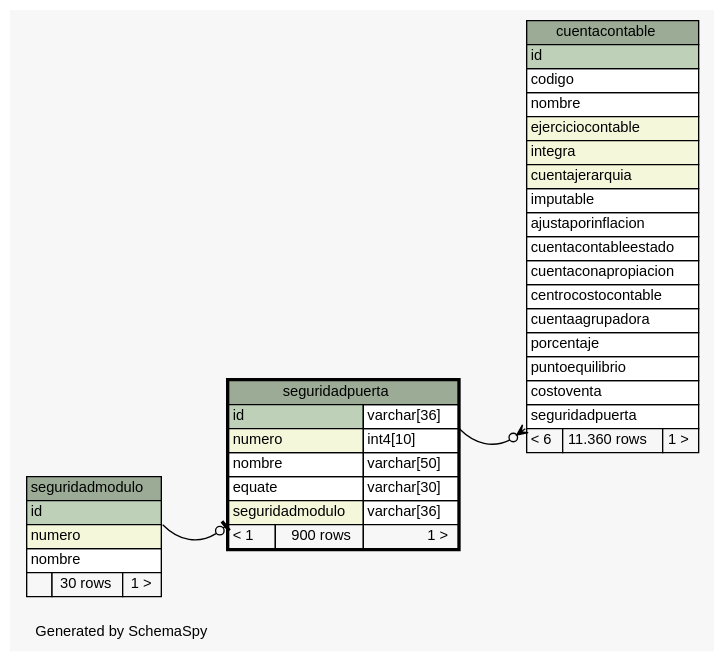
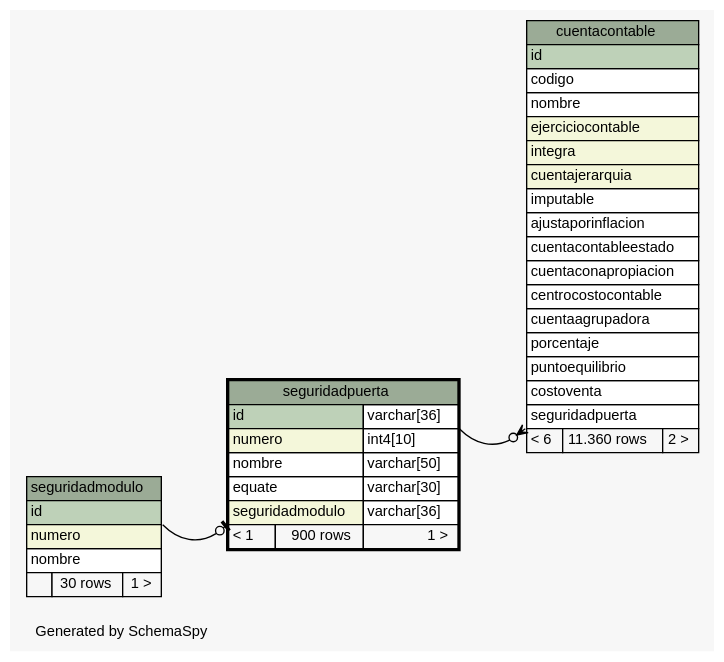
One commit to diegopablomansilla/ms14 changed the diagram in files/db/pp/schema/diagrams/seguridadpuerta.1degree.dot. Above: the diagram before and after it, drawn with Graphviz. The commit also changed 134 other files, not shown here.

```diff
--- a/files/db/pp/schema/diagrams/seguridadpuerta.1degree.dot
+++ b/files/db/pp/schema/diagrams/seguridadpuerta.1degree.dot
@@ -1,75 +1,75 @@
 // dot 2.2.1 on Windows 10 10.0
 // SchemaSpy rev 590
 digraph "oneDegreeRelationshipsDiagram" {
   graph [
     rankdir="RL"
     bgcolor="#f7f7f7"
     label="\nGenerated by SchemaSpy"
     labeljust="l"
     nodesep="0.18"
     ranksep="0.46"
     fontname="Helvetica"
     fontsize="11"
   ];
   node [
     fontname="Helvetica"
     fontsize="11"
     shape="plaintext"
   ];
   edge [
     arrowsize="0.8"
   ];
   "cuentacontable":"seguridadpuerta":sw -> "seguridadpuerta":"id.type":se [arrowhead=none dir=back arrowtail=crowodot];
   "seguridadpuerta":"seguridadmodulo":sw -> "seguridadmodulo":"id":se [arrowhead=none dir=back arrowtail=teeodot];
   "cuentacontable" [
     label=<
     <TABLE BORDER="0" CELLBORDER="1" CELLSPACING="0" BGCOLOR="#ffffff">
       <TR><TD COLSPAN="3" BGCOLOR="#9bab96" ALIGN="CENTER">cuentacontable</TD></TR>
       <TR><TD PORT="id" COLSPAN="3" BGCOLOR="#bed1b8" ALIGN="LEFT">id</TD></TR>
       <TR><TD PORT="codigo" COLSPAN="3" ALIGN="LEFT">codigo</TD></TR>
       <TR><TD PORT="nombre" COLSPAN="3" ALIGN="LEFT">nombre</TD></TR>
       <TR><TD PORT="ejerciciocontable" COLSPAN="3" BGCOLOR="#f4f7da" ALIGN="LEFT">ejerciciocontable</TD></TR>
       <TR><TD PORT="integra" COLSPAN="3" BGCOLOR="#f4f7da" ALIGN="LEFT">integra</TD></TR>
       <TR><TD PORT="cuentajerarquia" COLSPAN="3" BGCOLOR="#f4f7da" ALIGN="LEFT">cuentajerarquia</TD></TR>
       <TR><TD PORT="imputable" COLSPAN="3" ALIGN="LEFT">imputable</TD></TR>
       <TR><TD PORT="ajustaporinflacion" COLSPAN="3" ALIGN="LEFT">ajustaporinflacion</TD></TR>
       <TR><TD PORT="cuentacontableestado" COLSPAN="3" ALIGN="LEFT">cuentacontableestado</TD></TR>
       <TR><TD PORT="cuentaconapropiacion" COLSPAN="3" ALIGN="LEFT">cuentaconapropiacion</TD></TR>
       <TR><TD PORT="centrocostocontable" COLSPAN="3" ALIGN="LEFT">centrocostocontable</TD></TR>
       <TR><TD PORT="cuentaagrupadora" COLSPAN="3" ALIGN="LEFT">cuentaagrupadora</TD></TR>
       <TR><TD PORT="porcentaje" COLSPAN="3" ALIGN="LEFT">porcentaje</TD></TR>
       <TR><TD PORT="puntoequilibrio" COLSPAN="3" ALIGN="LEFT">puntoequilibrio</TD></TR>
       <TR><TD PORT="costoventa" COLSPAN="3" ALIGN="LEFT">costoventa</TD></TR>
       <TR><TD PORT="seguridadpuerta" COLSPAN="3" ALIGN="LEFT">seguridadpuerta</TD></TR>
-      <TR><TD ALIGN="LEFT" BGCOLOR="#f7f7f7">&lt; 6</TD><TD ALIGN="RIGHT" BGCOLOR="#f7f7f7">11.360 rows</TD><TD ALIGN="RIGHT" BGCOLOR="#f7f7f7">1 &gt;</TD></TR>
+      <TR><TD ALIGN="LEFT" BGCOLOR="#f7f7f7">&lt; 6</TD><TD ALIGN="RIGHT" BGCOLOR="#f7f7f7">11.360 rows</TD><TD ALIGN="RIGHT" BGCOLOR="#f7f7f7">2 &gt;</TD></TR>
     </TABLE>>
     URL="cuentacontable.html"
     tooltip="cuentacontable"
   ];
   "seguridadmodulo" [
     label=<
     <TABLE BORDER="0" CELLBORDER="1" CELLSPACING="0" BGCOLOR="#ffffff">
       <TR><TD COLSPAN="3" BGCOLOR="#9bab96" ALIGN="CENTER">seguridadmodulo</TD></TR>
       <TR><TD PORT="id" COLSPAN="3" BGCOLOR="#bed1b8" ALIGN="LEFT">id</TD></TR>
       <TR><TD PORT="numero" COLSPAN="3" BGCOLOR="#f4f7da" ALIGN="LEFT">numero</TD></TR>
       <TR><TD PORT="nombre" COLSPAN="3" ALIGN="LEFT">nombre</TD></TR>
       <TR><TD ALIGN="LEFT" BGCOLOR="#f7f7f7">  </TD><TD ALIGN="RIGHT" BGCOLOR="#f7f7f7">30 rows</TD><TD ALIGN="RIGHT" BGCOLOR="#f7f7f7">1 &gt;</TD></TR>
     </TABLE>>
     URL="seguridadmodulo.html"
     tooltip="seguridadmodulo"
   ];
   "seguridadpuerta" [
     label=<
     <TABLE BORDER="2" CELLBORDER="1" CELLSPACING="0" BGCOLOR="#ffffff">
       <TR><TD COLSPAN="3" BGCOLOR="#9bab96" ALIGN="CENTER">seguridadpuerta</TD></TR>
       <TR><TD PORT="id" COLSPAN="2" BGCOLOR="#bed1b8" ALIGN="LEFT">id</TD><TD PORT="id.type" ALIGN="LEFT">varchar[36]</TD></TR>
       <TR><TD PORT="numero" COLSPAN="2" BGCOLOR="#f4f7da" ALIGN="LEFT">numero</TD><TD PORT="numero.type" ALIGN="LEFT">int4[10]</TD></TR>
       <TR><TD PORT="nombre" COLSPAN="2" ALIGN="LEFT">nombre</TD><TD PORT="nombre.type" ALIGN="LEFT">varchar[50]</TD></TR>
       <TR><TD PORT="equate" COLSPAN="2" ALIGN="LEFT">equate</TD><TD PORT="equate.type" ALIGN="LEFT">varchar[30]</TD></TR>
       <TR><TD PORT="seguridadmodulo" COLSPAN="2" BGCOLOR="#f4f7da" ALIGN="LEFT">seguridadmodulo</TD><TD PORT="seguridadmodulo.type" ALIGN="LEFT">varchar[36]</TD></TR>
       <TR><TD ALIGN="LEFT" BGCOLOR="#f7f7f7">&lt; 1</TD><TD ALIGN="RIGHT" BGCOLOR="#f7f7f7">900 rows</TD><TD ALIGN="RIGHT" BGCOLOR="#f7f7f7">1 &gt;</TD></TR>
     </TABLE>>
     URL="seguridadpuerta.html"
     tooltip="seguridadpuerta"
   ];
 }
```
